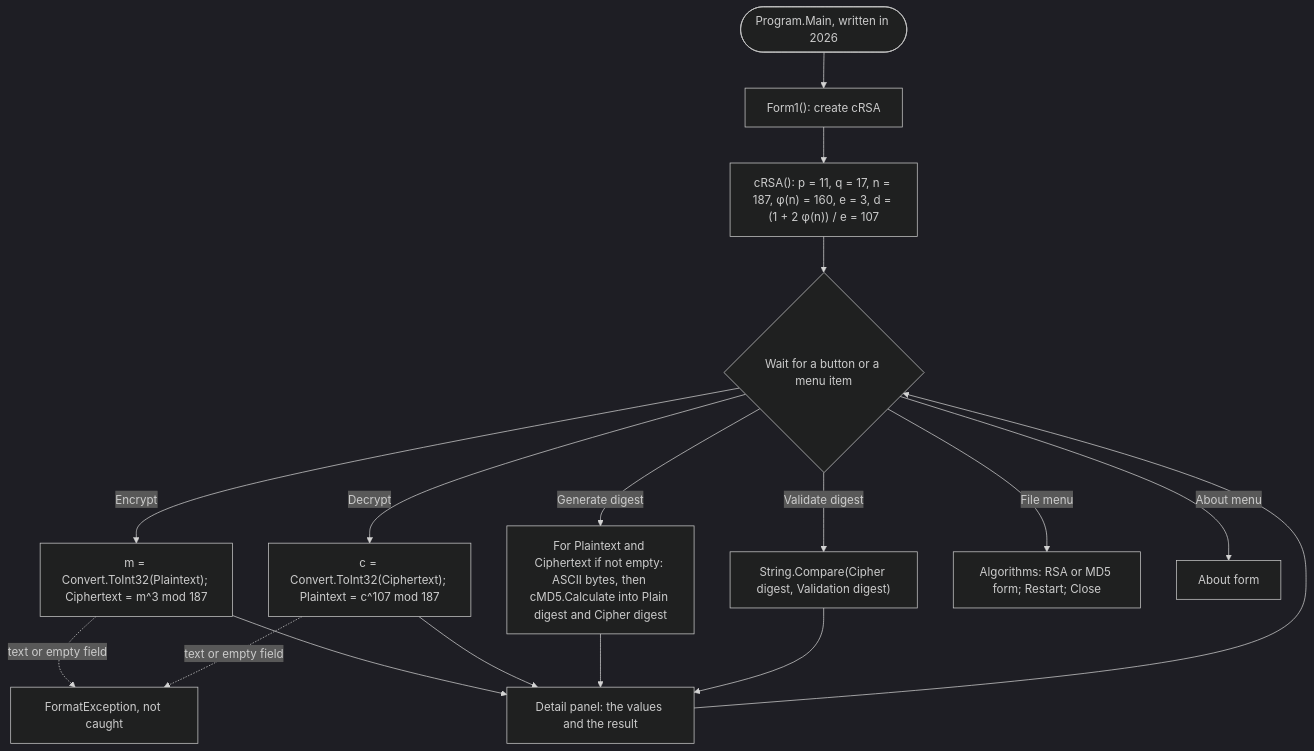
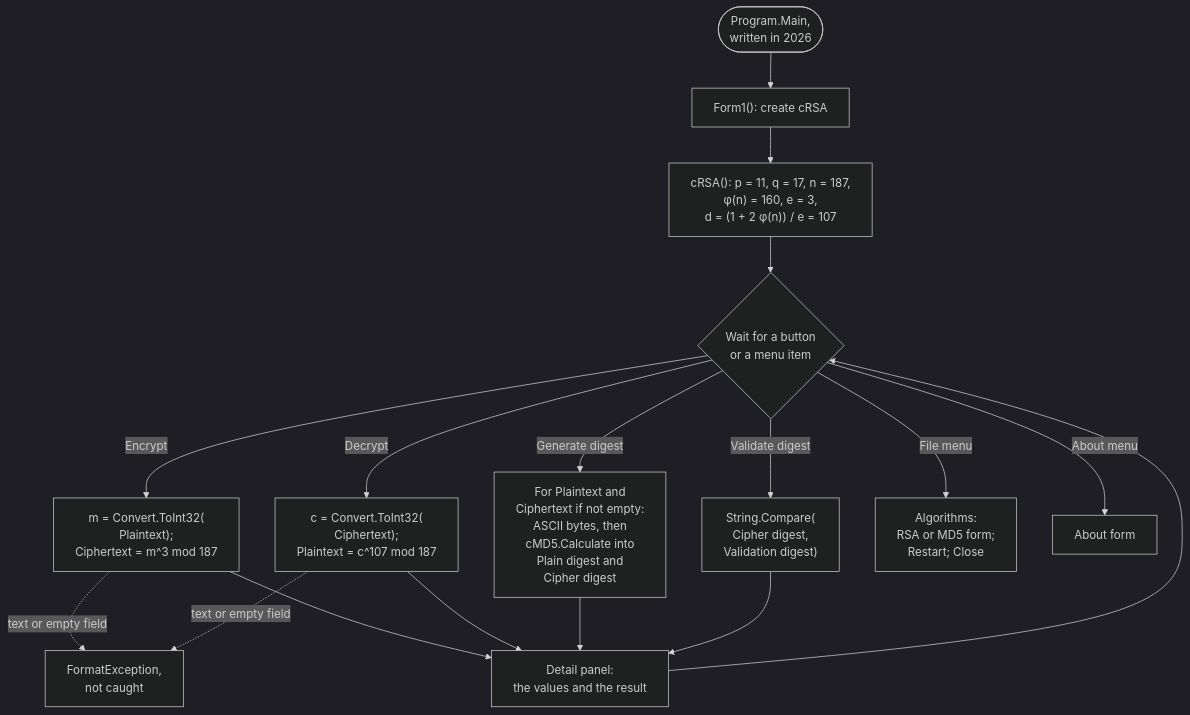
The first of 2 diagrams in README.md (mtorun0x7cd/raven-one-simulink), drawn with Mermaid (dark theme) before and after one commit. The commit also changed other lines of this file and 1 other file, not shown here.

Commit message:
Keep the labels of the README diagrams whole at every zoom
GitHub draws the two diagrams with Mermaid, which wraps a label that is
wider than its wrapping width. In Safari, at some page zooms, a label
that Mermaid wrapped is measured too narrow and loses its end. Each
label now breaks its own lines, and each diagram raises the wrapping
width to 400 px, so Mermaid wraps none of them. The wording is
unchanged.

````diff
--- a/README.md
+++ b/README.md
@@ -207,21 +207,26 @@
 ```mermaid
+---
+config:
+  flowchart:
+    wrappingWidth: 400
+---
 flowchart TD
     accTitle: Program flow of Raven One SimuLink
     accDescr: Program.Main, the entry point written in 2026, opens the main window, whose constructor creates the RSA object, which computes the keys once. The window then waits for a button or a menu item; which control calls which handler is inferred from the handler names. Encrypt and Decrypt convert a text field to an integer and compute its third or 107th power modulo 187; text in the field raises a FormatException that no handler catches. Generate digest hashes each field that is not empty with cMD5. Validate digest compares the cipher digest with the typed validation digest. The detail panel shows the values of each step. The File menu opens the RSA and MD5 description forms, restarts or closes the program; the About menu opens the About form.
-    start(["Program.Main, written in 2026"]) --> window["Form1(): create cRSA"]
-    window --> keys["cRSA(): p = 11, q = 17, n = 187, φ(n) = 160, e = 3, d = (1 + 2 φ(n)) / e = 107"]
-    keys --> wait{"Wait for a button or a menu item"}
-    wait -->|Encrypt| enc["m = Convert.ToInt32(Plaintext); Ciphertext = m^3 mod 187"]
-    wait -->|Decrypt| dec["c = Convert.ToInt32(Ciphertext); Plaintext = c^107 mod 187"]
-    wait -->|Generate digest| md5["For Plaintext and Ciphertext if not empty: ASCII bytes, then cMD5.Calculate into Plain digest and Cipher digest"]
-    wait -->|Validate digest| val["String.Compare(Cipher digest, Validation digest)"]
-    wait -->|File menu| menu["Algorithms: RSA or MD5 form; Restart; Close"]
+    start(["Program.Main,<br/>written in 2026"]) --> window["Form1(): create cRSA"]
+    window --> keys["cRSA(): p = 11, q = 17, n = 187,<br/>φ(n) = 160, e = 3,<br/>d = (1 + 2 φ(n)) / e = 107"]
+    keys --> wait{"Wait for a button<br/>or a menu item"}
+    wait -->|Encrypt| enc["m = Convert.ToInt32(<br/>Plaintext);<br/>Ciphertext = m^3 mod 187"]
+    wait -->|Decrypt| dec["c = Convert.ToInt32(<br/>Ciphertext);<br/>Plaintext = c^107 mod 187"]
+    wait -->|Generate digest| md5["For Plaintext and<br/>Ciphertext if not empty:<br/>ASCII bytes, then<br/>cMD5.Calculate into<br/>Plain digest and<br/>Cipher digest"]
+    wait -->|Validate digest| val["String.Compare(<br/>Cipher digest,<br/>Validation digest)"]
+    wait -->|File menu| menu["Algorithms:<br/>RSA or MD5 form;<br/>Restart; Close"]
     wait -->|About menu| about["About form"]
-    enc -.->|text or empty field| err["FormatException, not caught"]
+    enc -.->|text or empty field| err["FormatException,<br/>not caught"]
     dec -.->|text or empty field| err
-    enc --> panel["Detail panel: the values and the result"]
+    enc --> panel["Detail panel:<br/>the values and the result"]
     dec --> panel
     md5 --> panel
     val --> panel
     panel --> wait
 ```
````
